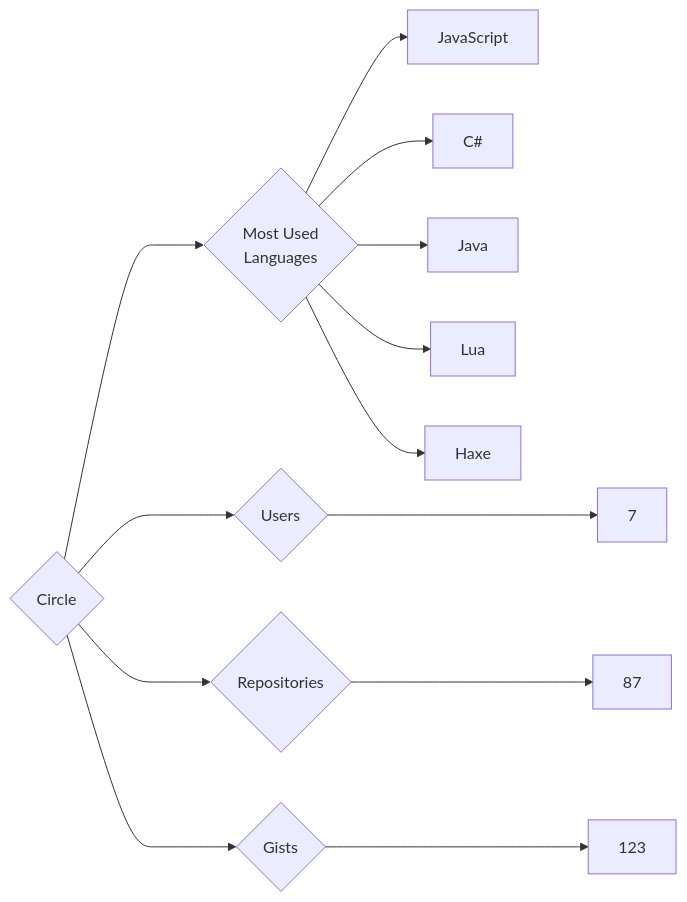
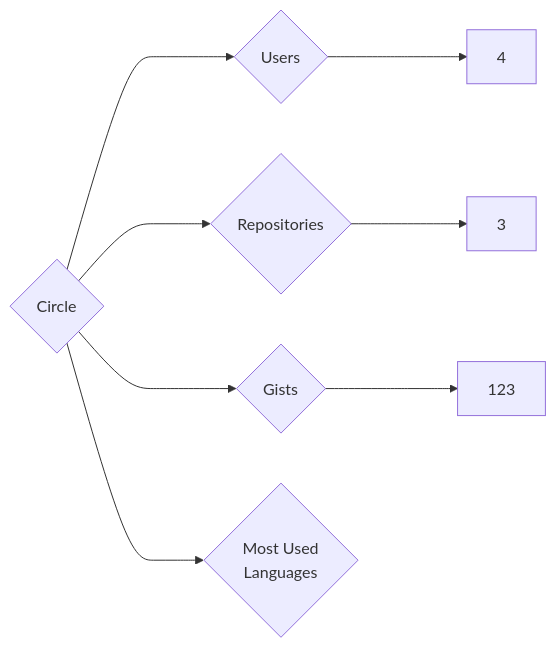
Before and after one commit to trickest/insiders: the diagram in targets/Circle/README.md, drawn with Mermaid. The commit also changed 815 other files, not shown here.

````diff
--- a/targets/Circle/README.md
+++ b/targets/Circle/README.md
@@ -3,13 +3,8 @@
 ```mermaid
 graph LR
 COMPANY_NAME{Circle}
-COMPANY_NAME ---> U{Users} ---> UN[7]
-COMPANY_NAME ---> R{Repositories} ---> RN[87]
+COMPANY_NAME ---> U{Users} ---> UN[4]
+COMPANY_NAME ---> R{Repositories} ---> RN[3]
 COMPANY_NAME ---> G{Gists} ---> GN[123]
 COMPANY_NAME ---> ML{Most Used<br>Languages}
-ML --> JavaScript[JavaScript]
-ML --> C#[C#]
-ML --> Java[Java]
-ML --> Lua[Lua]
-ML --> Haxe[Haxe]
 ```
````
